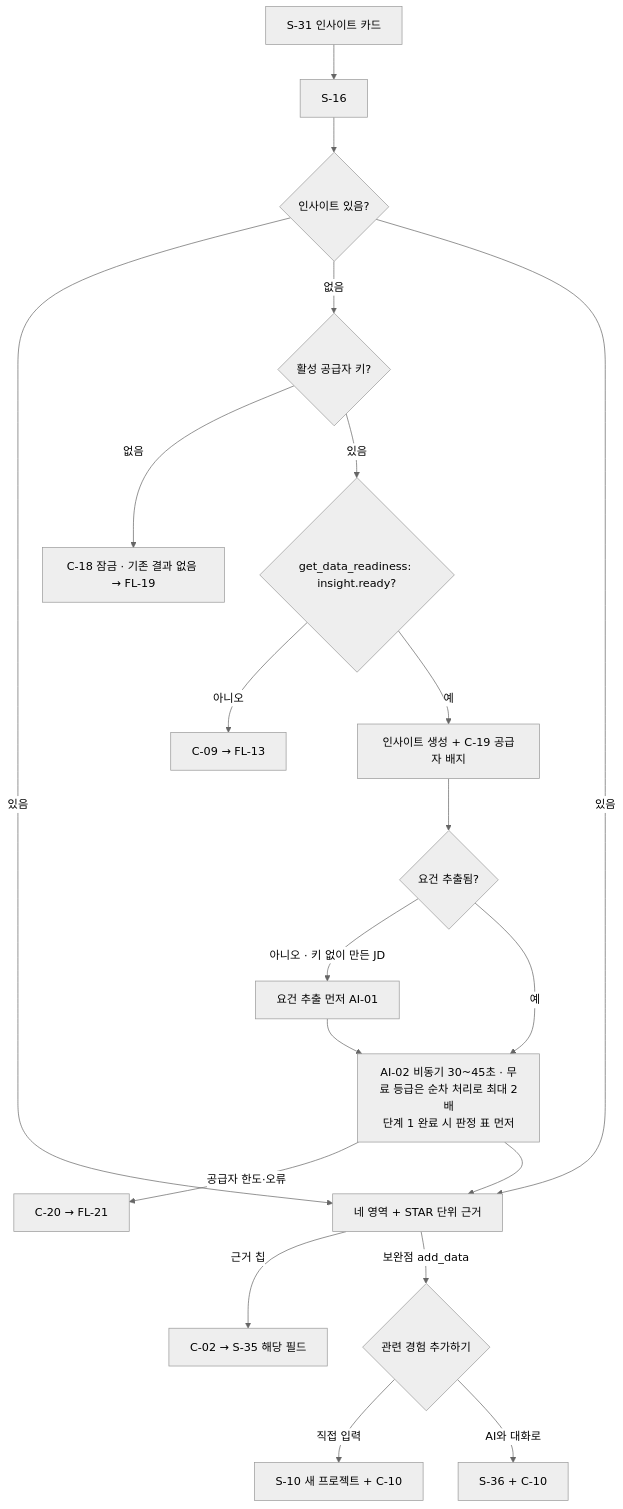
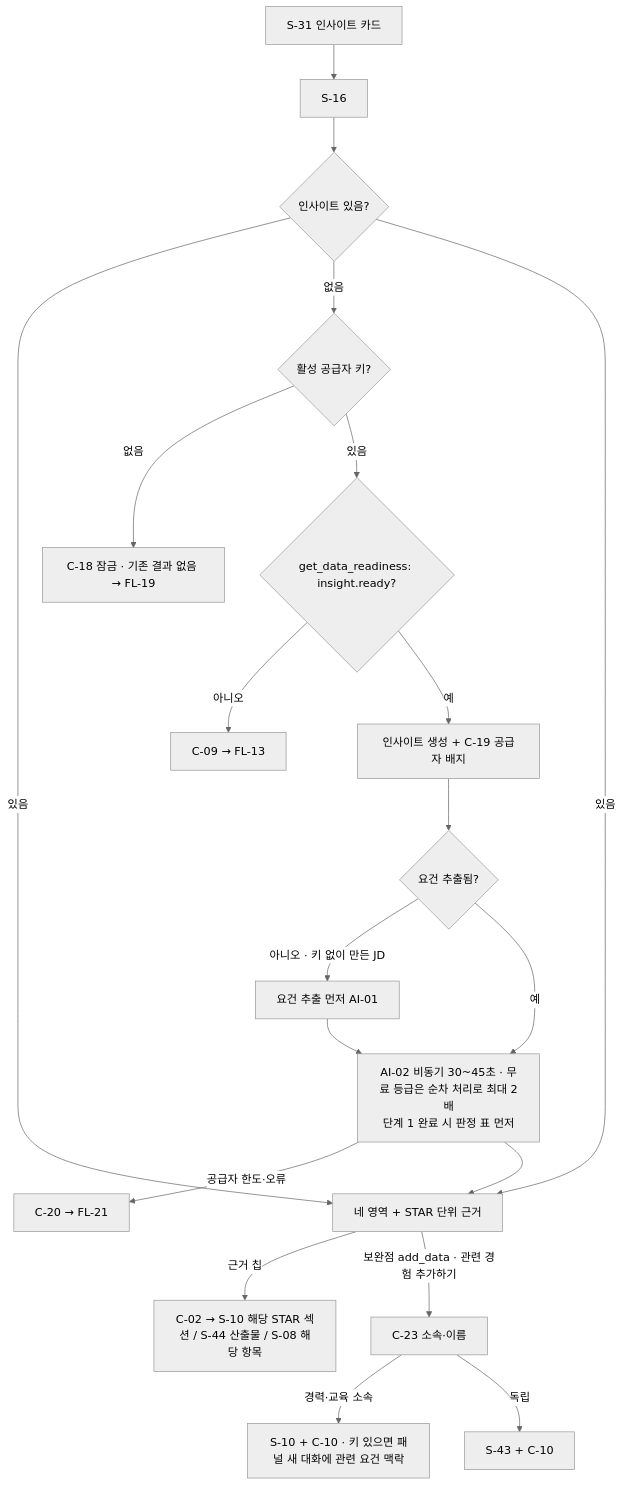
One commit to j-hyunn/resumate changed the sixth of 20 diagrams in docs/planning/02-user-flows.md. Above: the diagram before and after it, drawn with Mermaid (neutral theme). The commit also changed other lines of this file and 11 other files, not shown here.

````diff
--- a/docs/planning/02-user-flows.md
+++ b/docs/planning/02-user-flows.md
@@ -336,21 +355,21 @@
 ```mermaid
 flowchart TD
   A[S-31 인사이트 카드] --> B[S-16]
   B --> C{인사이트 있음?}
   C -->|있음| F
   C -->|없음| K{활성 공급자 키?}
   K -->|없음| LK[C-18 잠금 · 기존 결과 없음 → FL-19]
   K -->|있음| G{get_data_readiness: insight.ready?}
   G -->|아니오| X[C-09 → FL-13]
   G -->|예| D[인사이트 생성 + C-19 공급자 배지]
   D --> J{요건 추출됨?}
   J -->|아니오 · 키 없이 만든 JD| J1[요건 추출 먼저 AI-01] --> E
   J -->|예| E[AI-02 비동기 30~45초 · 무료 등급은 순차 처리로 최대 2배<br/>단계 1 완료 시 판정 표 먼저]
   E -->|공급자 한도·오류| ER[C-20 → FL-21]
   E --> F[네 영역 + STAR 단위 근거]
   C -->|있음| F
-  F -->|근거 칩| R[C-02 → S-35 해당 필드]
-  F -->|보완점 add_data| K2{관련 경험 추가하기}
-  K2 -->|직접 입력| S10[S-10 새 프로젝트 + C-10]
-  K2 -->|AI와 대화로| S36[S-36 + C-10]
+  F -->|근거 칩| R[C-02 → S-10 해당 STAR 섹션 / S-44 산출물 / S-08 해당 항목]
+  F -->|보완점 add_data · 관련 경험 추가하기| K2[C-23 소속·이름]
+  K2 -->|경력·교육 소속| S10[S-10 + C-10 · 키 있으면 패널 새 대화에 관련 요건 맥락]
+  K2 -->|독립| S43[S-43 + C-10]
 ```
````
